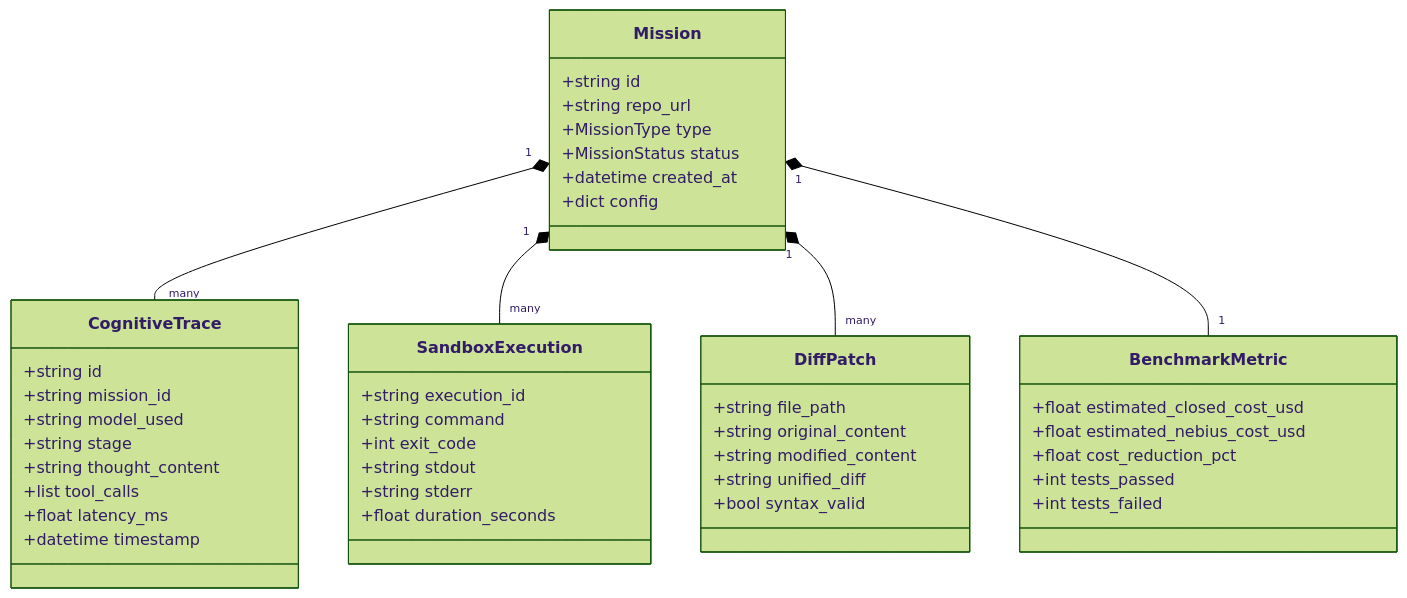
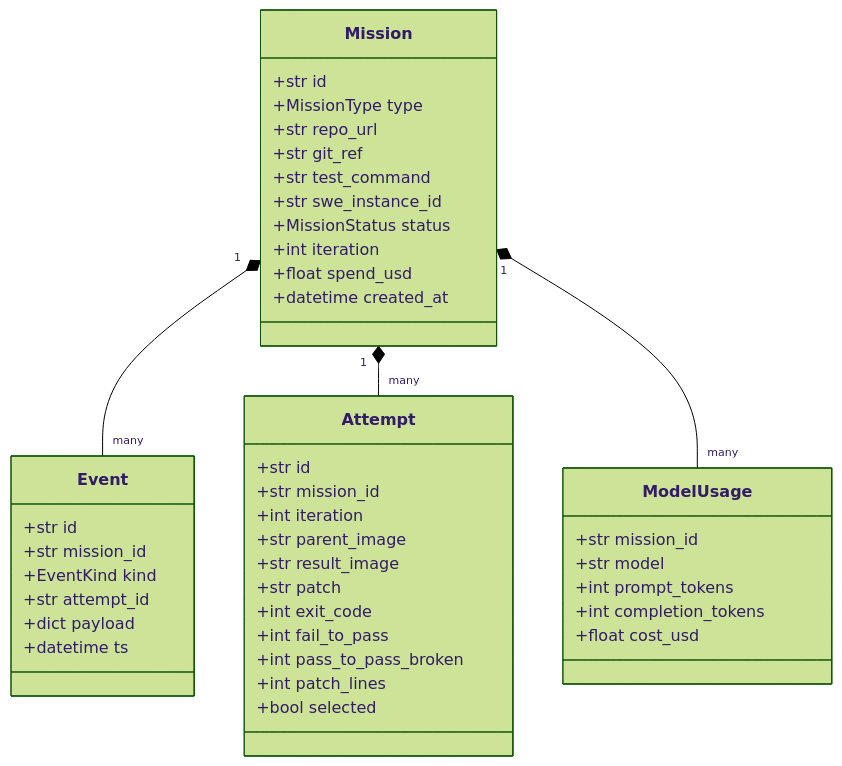
The second of 3 diagrams in 0.docs/build/DESIGN.md (CodeWithEugene/Archon), drawn with Mermaid (forest theme) before and after one commit. The commit also changed other lines of this file and 16 other files, not shown here.

````diff
--- a/0.docs/build/DESIGN.md
+++ b/0.docs/build/DESIGN.md
@@ -80,52 +142,46 @@
 ```mermaid
 classDiagram
     class Mission {
-        +string id
-        +string repo_url
+        +str id
         +MissionType type
+        +str repo_url
+        +str git_ref
+        +str test_command
+        +str swe_instance_id
         +MissionStatus status
+        +int iteration
+        +float spend_usd
         +datetime created_at
-        +dict config
     }
-
-    class CognitiveTrace {
-        +string id
-        +string mission_id
-        +string model_used
-        +string stage
-        +string thought_content
-        +list tool_calls
-        +float latency_ms
-        +datetime timestamp
+    class Event {
+        +str id
+        +str mission_id
+        +EventKind kind
+        +str attempt_id
+        +dict payload
+        +datetime ts
     }
-
-    class SandboxExecution {
-        +string execution_id
-        +string command
+    class Attempt {
+        +str id
+        +str mission_id
+        +int iteration
+        +str parent_image
+        +str result_image
+        +str patch
         +int exit_code
-        +string stdout
-        +string stderr
-        +float duration_seconds
+        +int fail_to_pass
+        +int pass_to_pass_broken
+        +int patch_lines
+        +bool selected
     }
-
-    class DiffPatch {
-        +string file_path
-        +string original_content
-        +string modified_content
-        +string unified_diff
-        +bool syntax_valid
+    class ModelUsage {
+        +str mission_id
+        +str model
+        +int prompt_tokens
+        +int completion_tokens
+        +float cost_usd
     }
-
-    class BenchmarkMetric {
-        +float estimated_closed_cost_usd
-        +float estimated_nebius_cost_usd
-        +float cost_reduction_pct
-        +int tests_passed
-        +int tests_failed
-    }
-
-    Mission "1" *-- "many" CognitiveTrace
-    Mission "1" *-- "many" SandboxExecution
-    Mission "1" *-- "many" DiffPatch
-    Mission "1" *-- "1" BenchmarkMetric
+    Mission "1" *-- "many" Event
+    Mission "1" *-- "many" Attempt
+    Mission "1" *-- "many" ModelUsage
 ```
````
